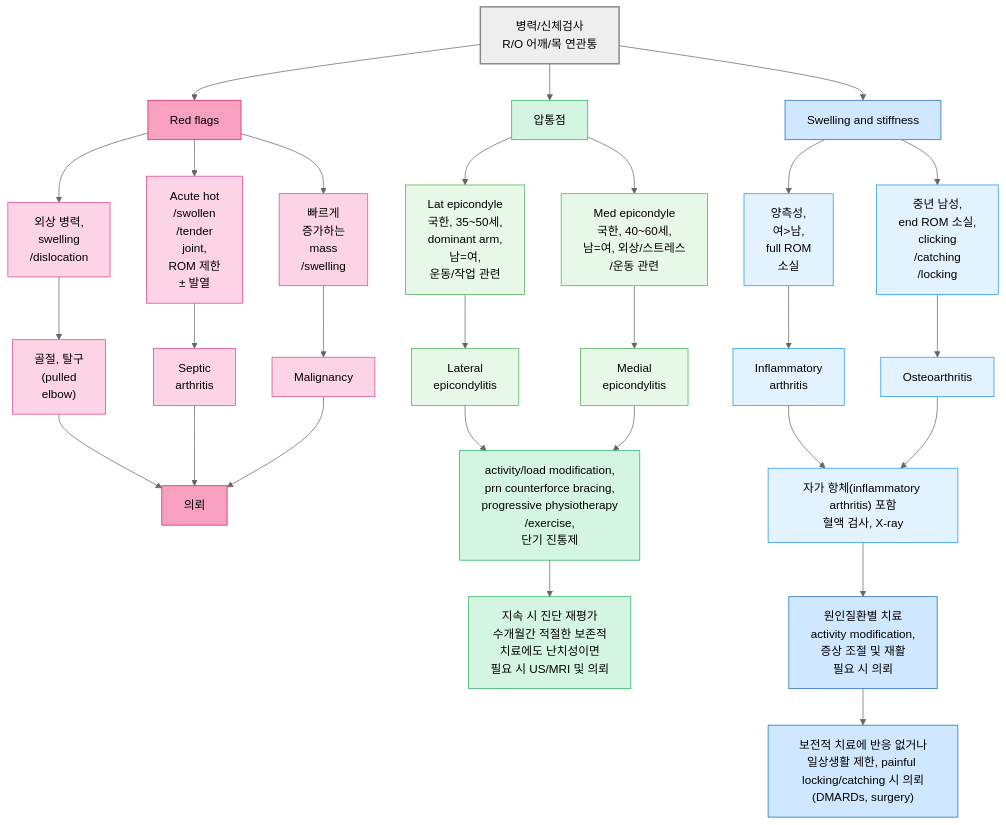
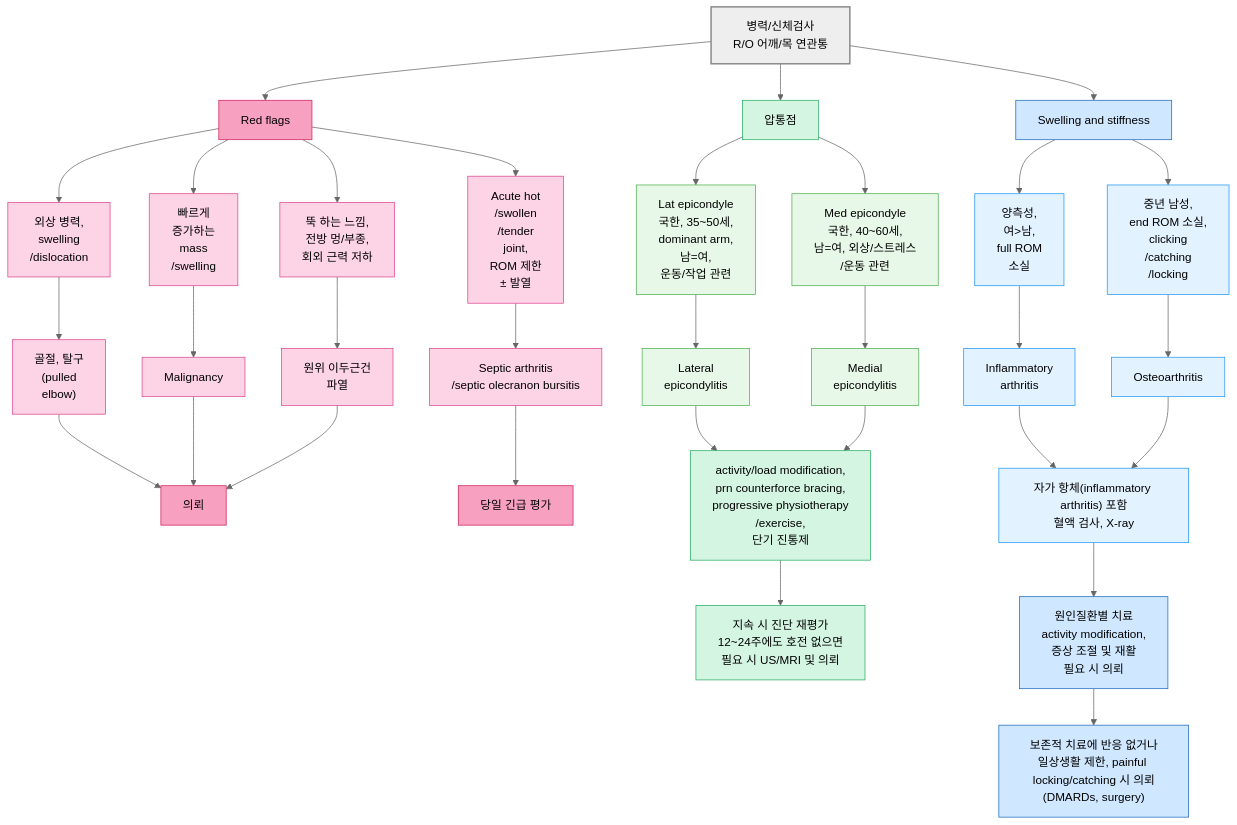
The diagram in 228_/140_-elbow-pain.md (familyoh77/familyoh77), drawn with Mermaid (neutral theme) before and after one commit. The commit also changed other lines of this file, not shown here.

````diff
--- a/228_/140_-elbow-pain.md
+++ b/228_/140_-elbow-pain.md
@@ -110,50 +111,53 @@
 ```mermaid
 graph TD
     A["병력/신체검사<br/>R/O 어깨/목 연관통"]
     A --> C["Red flags"]
     A --> D["압통점"]
     A --> E["Swelling and stiffness"]
 
     %% Red flags branch
     C --> C1["외상 병력,<br/>swelling<br/>/dislocation"]
     C --> C2["Acute hot<br/>/swollen<br/>/tender <br/>joint,<br/>ROM 제한<br/> ± 발열"]
     C --> C3["빠르게 <br/>증가하는<br/>mass<br/>/swelling"]
+    C --> C4["뚝 하는 느낌,<br/>전방 멍/부종,<br/>회외 근력 저하"]
     C1 --> R1["골절, 탈구<br/>(pulled <br/>elbow)"]
-    C2 --> R2["Septic <br/>arthritis"]
+    C2 --> R2["Septic arthritis<br/>/septic olecranon bursitis"]
+    C4 --> R8["원위 이두근건<br/>파열"]
     C3 --> R3["Malignancy"]
     R1 --> X["의뢰"]
-    R2 --> X
+    R2 --> X2["당일 긴급 평가"]
     R3 --> X
+    R8 --> X
 
     %% 압통점 branch
     D --> D1["Lat epicondyle<br/>국한, 35~50세,<br/>dominant arm, <br/>남=여, <br/>운동/작업 관련"]
     D --> D2["Med epicondyle<br/>국한, 40~60세,<br/>남=여, 외상/스트레스<br/>/운동 관련"]
     D1 --> R4["Lateral <br/>epicondylitis"]
     D2 --> R5["Medial <br/>epicondylitis"]
     R4 --> T1["activity/load modification,<br/>prn counterforce bracing,<br/>progressive physiotherapy<br/>/exercise,<br/>단기 진통제"]
     R5 --> T1
-    T1 --> T2["지속 시 진단 재평가<br/>수개월간 적절한 보존적 <br/>치료에도 난치성이면<br/>필요 시 US/MRI 및 의뢰"]
+    T1 --> T2["지속 시 진단 재평가<br/>12~24주에도 호전 없으면<br/>필요 시 US/MRI 및 의뢰"]
 
     %% Swelling and stiffness branch
     E --> E1["양측성, <br/>여>남,<br/>full ROM <br/>소실"]
     E --> E2["중년 남성, <br/>end ROM 소실,<br/>clicking<br/>/catching<br/>/locking"]
     E1 --> R6["Inflammatory <br/>arthritis"]
     E2 --> R7["Osteoarthritis"]
     R6 --> T3["자가 항체(inflammatory arthritis) 포함<br/>혈액 검사, X-ray"]
     R7 --> T3
     T3 --> T4["원인질환별 치료<br/>activity modification,<br/>증상 조절 및 재활<br/>필요 시 의뢰"]
-    T4 --> T5["보전적 치료에 반응 없거나<br/>일상생활 제한, painful locking/catching 시 의뢰<br/>(DMARDs, surgery)"]
+    T4 --> T5["보존적 치료에 반응 없거나<br/>일상생활 제한, painful locking/catching 시 의뢰<br/>(DMARDs, surgery)"]
 style A fill:#eeeeee,stroke:#888888,stroke-width:2px
 classDef redflags fill:#f8a0c0,stroke:#d01f5a
-class C,X redflags
+class C,X,X2 redflags
 classDef cgroup fill:#fcd4e6,stroke:#e0448e
-class C1,C2,C3,R1,R2,R3 cgroup
+class C1,C2,C3,C4,R1,R2,R3,R8 cgroup
 classDef green fill:#d5f5e3,stroke:#27ae60
 class D,T1,T2 green
 classDef lightGreen fill:#e8f8e8,stroke:#4caf50
 class D1,D2,R4,R5 lightGreen
 classDef sky fill:#e3f2ff,stroke:#2196f3
 class E1,E2,R6,R7,T3 sky
 classDef blue fill:#d0e8ff,stroke:#1a6abf
 class E,T4,T5 blue
 ```
````
